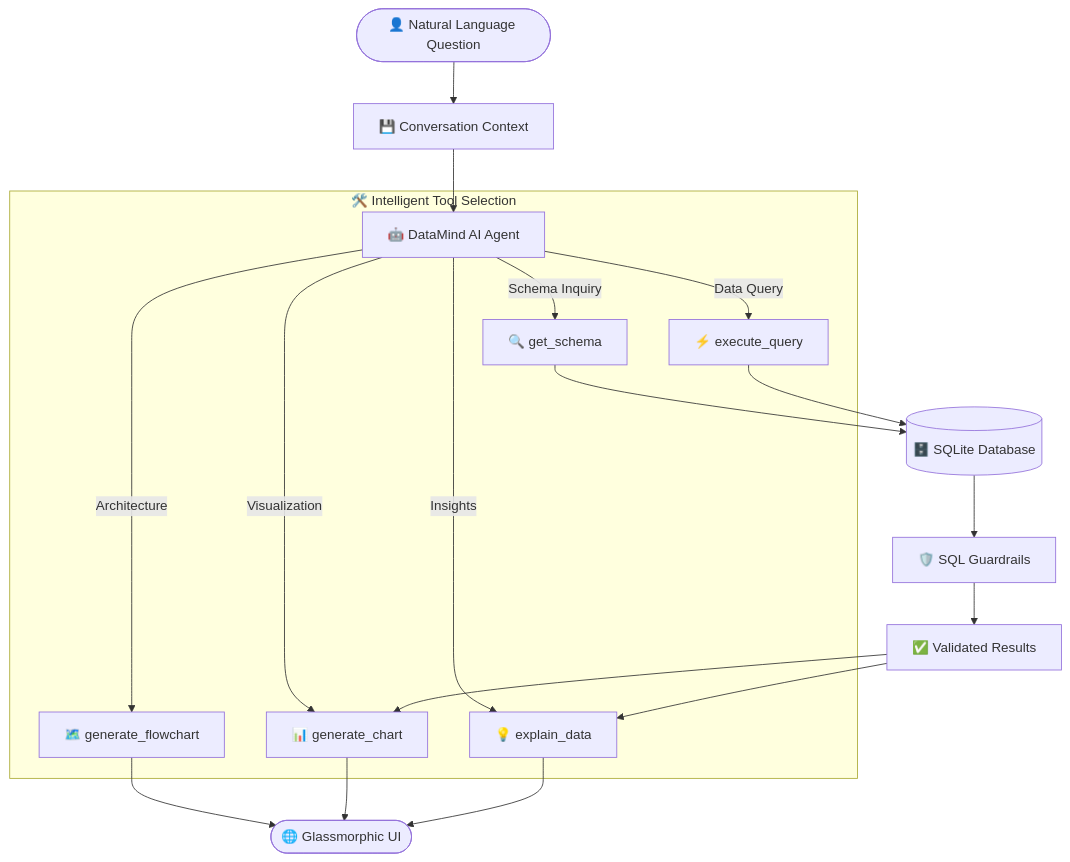
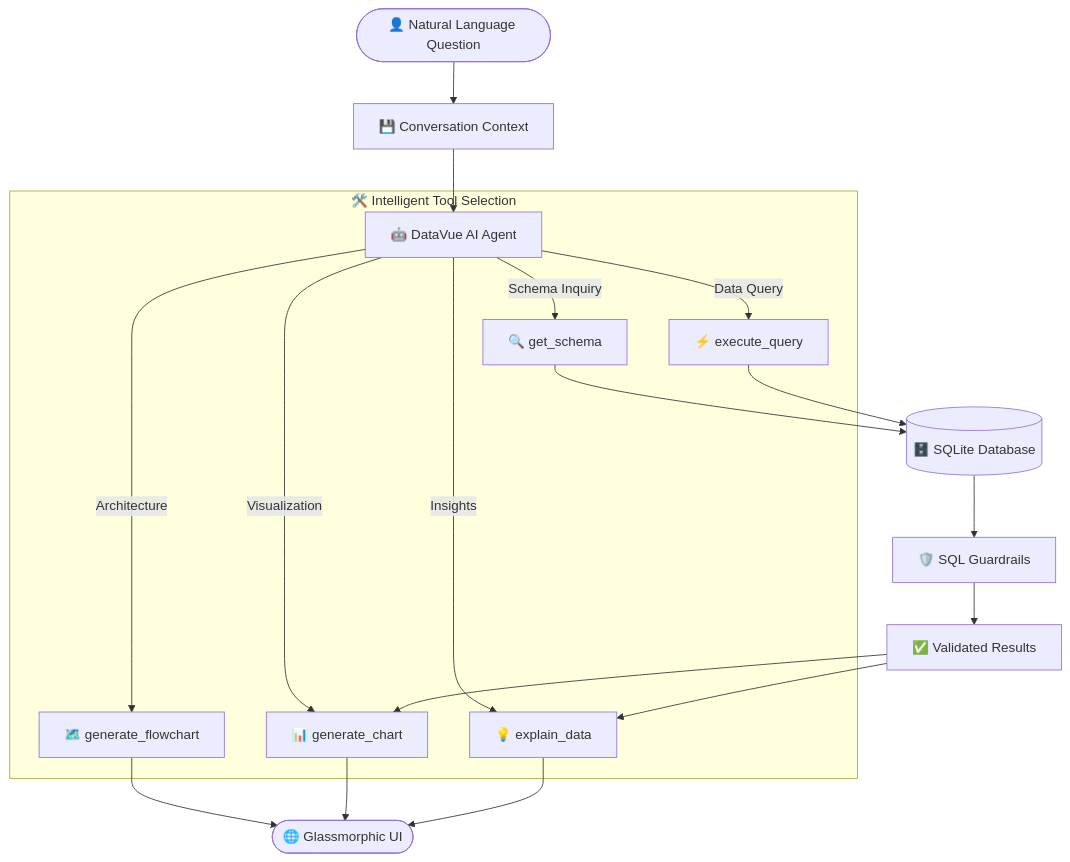
One commit to HEMANTH2208/DataVue-AI changed the diagram in README.md. Above: the diagram before and after it, drawn with Mermaid. The commit also changed other lines of this file, not shown here.

First line of the commit message:
🔄 Rebrand from DataMind AI to DataVue AI

````diff
--- a/README.md
+++ b/README.md
@@ -231,23 +231,23 @@
 ```mermaid
 flowchart TD
     User([👤 Natural Language Question]) --> Memory[💾 Conversation Context]
-    Memory --> Agent[🤖 DataMind AI Agent]
+    Memory --> Agent[🤖 DataVue AI Agent]
 
     subgraph Tools[🛠️ Intelligent Tool Selection]
         Agent -->|Schema Inquiry| T1[🔍 get_schema]
         Agent -->|Data Query| T2[⚡ execute_query]
         Agent -->|Architecture| T3[🗺️ generate_flowchart]
         Agent -->|Visualization| T4[📊 generate_chart]
         Agent -->|Insights| T5[💡 explain_data]
     end
 
     T1 --> DB[(🗄️ SQLite Database)]
     T2 --> DB
     DB --> Guard[🛡️ SQL Guardrails]
     Guard --> Results[✅ Validated Results]
     Results --> T4
     Results --> T5
     T3 --> UI
     T4 --> UI([🌐 Glassmorphic UI])
     T5 --> UI
 ```
````
